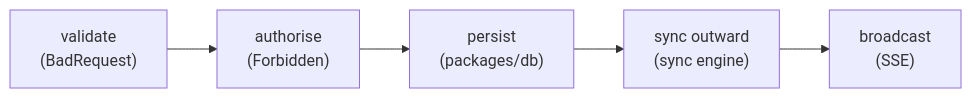
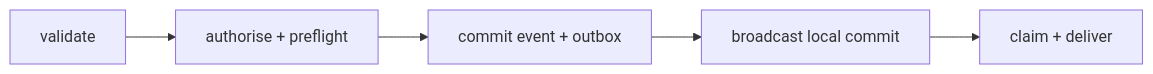
The second of 2 diagrams in packages/docs/src/content/docs/architecture/api.mdx (frgtn-dot-dev/musubi), drawn with Mermaid before and after one commit. The commit also changed other lines of this file and 23 other files, not shown here.

Commit message:
feat(calendar): persist transactional event delivery intent (K07) (#120)

````diff
--- a/packages/docs/src/content/docs/architecture/api.mdx
+++ b/packages/docs/src/content/docs/architecture/api.mdx
@@ -46,4 +46,4 @@
 ```mermaid
 flowchart LR
-    V["validate<br/>(BadRequest)"] --> A["authorise<br/>(Forbidden)"] --> P["persist<br/>(packages/db)"] --> S["sync outward<br/>(sync engine)"] --> B["broadcast<br/>(SSE)"]
+    V["validate"] --> A["authorise + preflight"] --> P["commit event + outbox"] --> B["broadcast local commit"] --> S["claim + deliver"]
 ```
````
